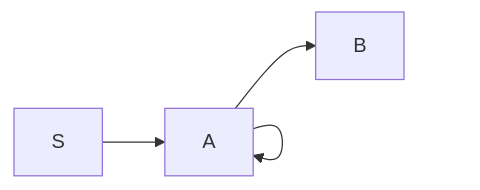
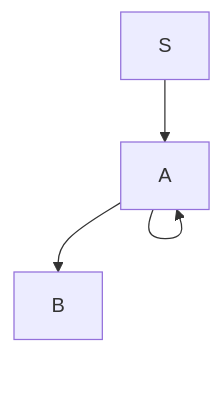
The diagram in rust/adventofcode-2020/day02/README.md (jepoen/screencasts), drawn with Mermaid before and after one commit.

```diff
--- a/rust/adventofcode-2020/day02/README.md
+++ b/rust/adventofcode-2020/day02/README.md
@@ -45,7 +45,7 @@
 ~~~mermaid
-flowchart LR;
+flowchart
 
-S-->A;
-A-->A;
-A-->B;
+S --> A
+A --> A
+A --> B
 ~~~
```
